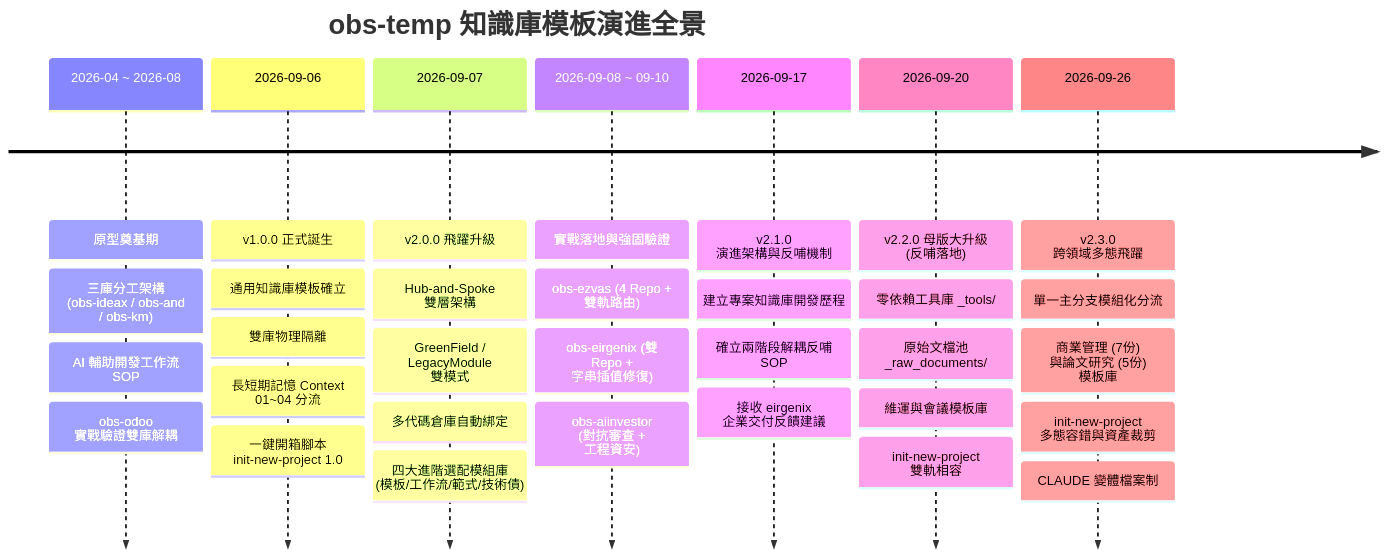
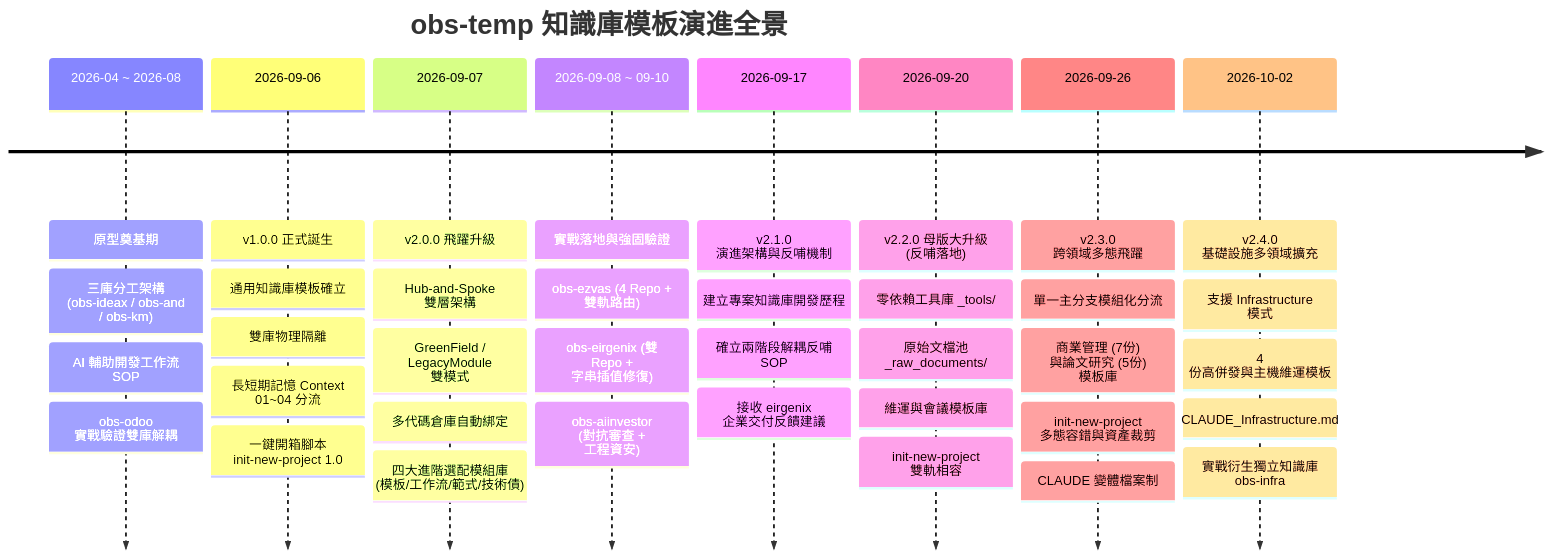
One commit to cchhss123/obs-temp changed the first of 2 diagrams in 專案知識庫開發歷程.md. Above: the diagram before and after it, drawn with Mermaid. The commit also changed other lines of this file and 8 other files, not shown here.

````diff
--- a/專案知識庫開發歷程.md
+++ b/專案知識庫開發歷程.md
@@ -35,11 +35,12 @@
 ```mermaid
 timeline
     title obs-temp 知識庫模板演進全景
     2026-04 ~ 2026-08 : 原型奠基期 : 三庫分工架構 (obs-ideax / obs-and / obs-km) : AI 輔助開發工作流 SOP : obs-odoo 實戰驗證雙庫解耦
     2026-09-06 : v1.0.0 正式誕生 : 通用知識庫模板確立 : 雙庫物理隔離 : 長短期記憶 Context 01~04 分流 : 一鍵開箱腳本 init-new-project 1.0
     2026-09-07 : v2.0.0 飛躍升級 : Hub-and-Spoke 雙層架構 : GreenField / LegacyModule 雙模式 : 多代碼倉庫自動綁定 : 四大進階選配模組庫 (模板/工作流/範式/技術債)
     2026-09-08 ~ 09-10 : 實戰落地與強固驗證 : obs-ezvas (4 Repo + 雙軌路由) : obs-eirgenix (雙 Repo + 字串插值修復) : obs-aiinvestor (對抗審查 + 工程資安)
     2026-09-17 : v2.1.0 演進架構與反哺機制 : 建立專案知識庫開發歷程 : 確立兩階段解耦反哺 SOP : 接收 eirgenix 企業交付反饋建議
     2026-09-20 : v2.2.0 母版大升級 (反哺落地) : 零依賴工具庫 _tools/ : 原始文檔池 _raw_documents/ : 維運與會議模板庫 : init-new-project 雙軌相容
     2026-09-26 : v2.3.0 跨領域多態飛躍 : 單一主分支模組化分流 : 商業管理 (7份) 與論文研究 (5份) 模板庫 : init-new-project 多態容錯與資產裁剪 : CLAUDE 變體檔案制
+    2026-10-02 : v2.4.0 基礎設施多領域擴充 : 支援 Infrastructure 模式 : 4 份高併發與主機維運模板 : CLAUDE_Infrastructure.md : 實戰衍生獨立知識庫 obs-infra
 ```
````
